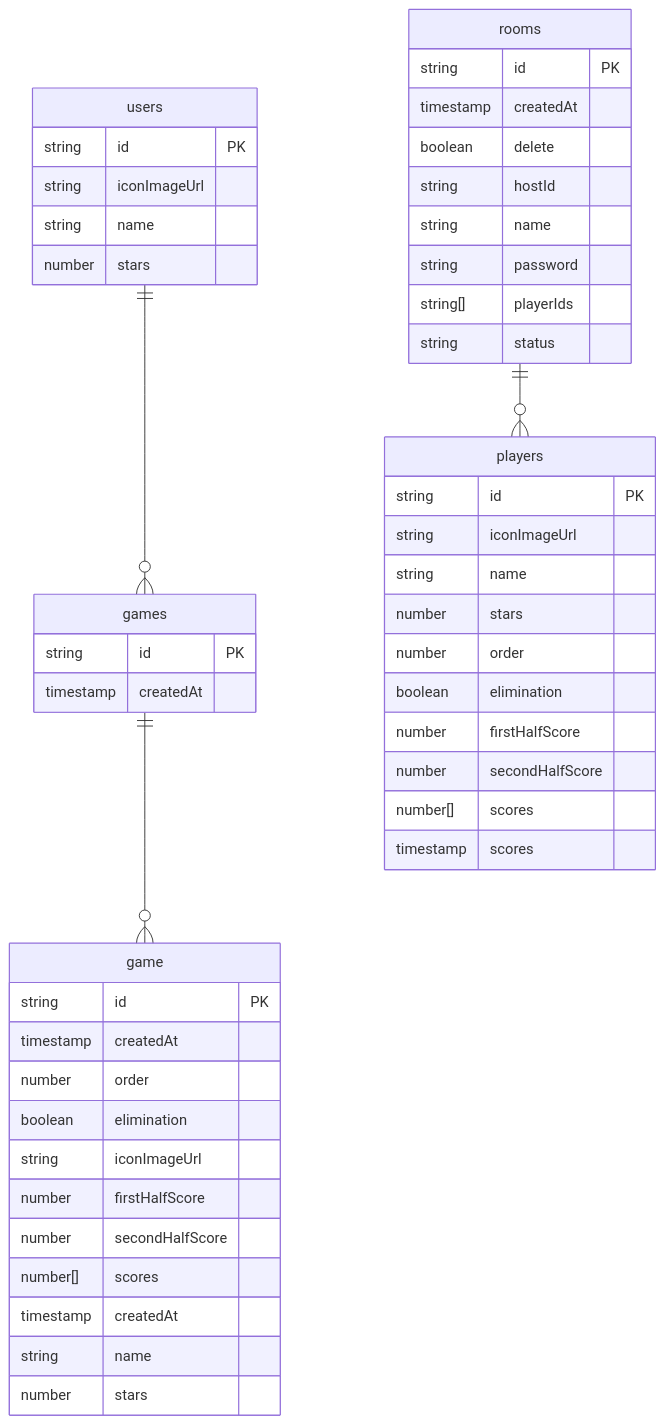
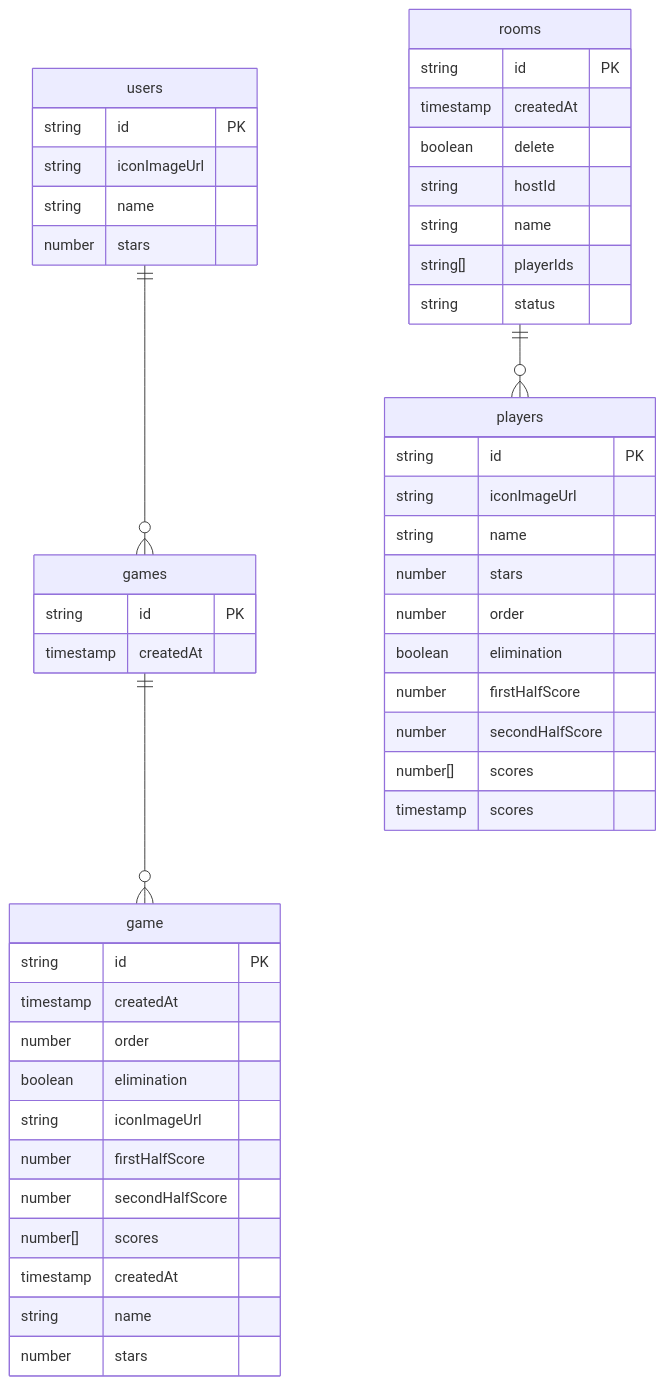
The diagram in README.md (xyytgae/my-molkky), drawn with Mermaid before and after one commit.

Commit message:
docs: #197 ✏️ roomsのpassword削除

````diff
--- a/README.md
+++ b/README.md
@@ -68,56 +68,55 @@
 ```mermaid
 erDiagram
   users {
     string id PK
     string iconImageUrl
     string name
     number stars
   }
 
   games {
     string id PK
     timestamp createdAt
   }
 
   game {
     string id PK
     timestamp createdAt
     number order
     boolean elimination
     string iconImageUrl
     number firstHalfScore
     number secondHalfScore
     number[] scores
     timestamp createdAt
     string name
     number stars
   }
 
   rooms {
     string id PK
     timestamp createdAt
     boolean delete
     string hostId
     string name
-    string password
     string[] playerIds
     string status
   }
 
   players {
     string id PK
     string iconImageUrl
     string name
     number stars
     number order
     boolean elimination
     number firstHalfScore
     number secondHalfScore
     number[] scores
     timestamp scores
   }
 
   users ||--o{ games : ""
   games ||--o{ game : ""
   rooms ||--o{ players : ""
 ```
````
